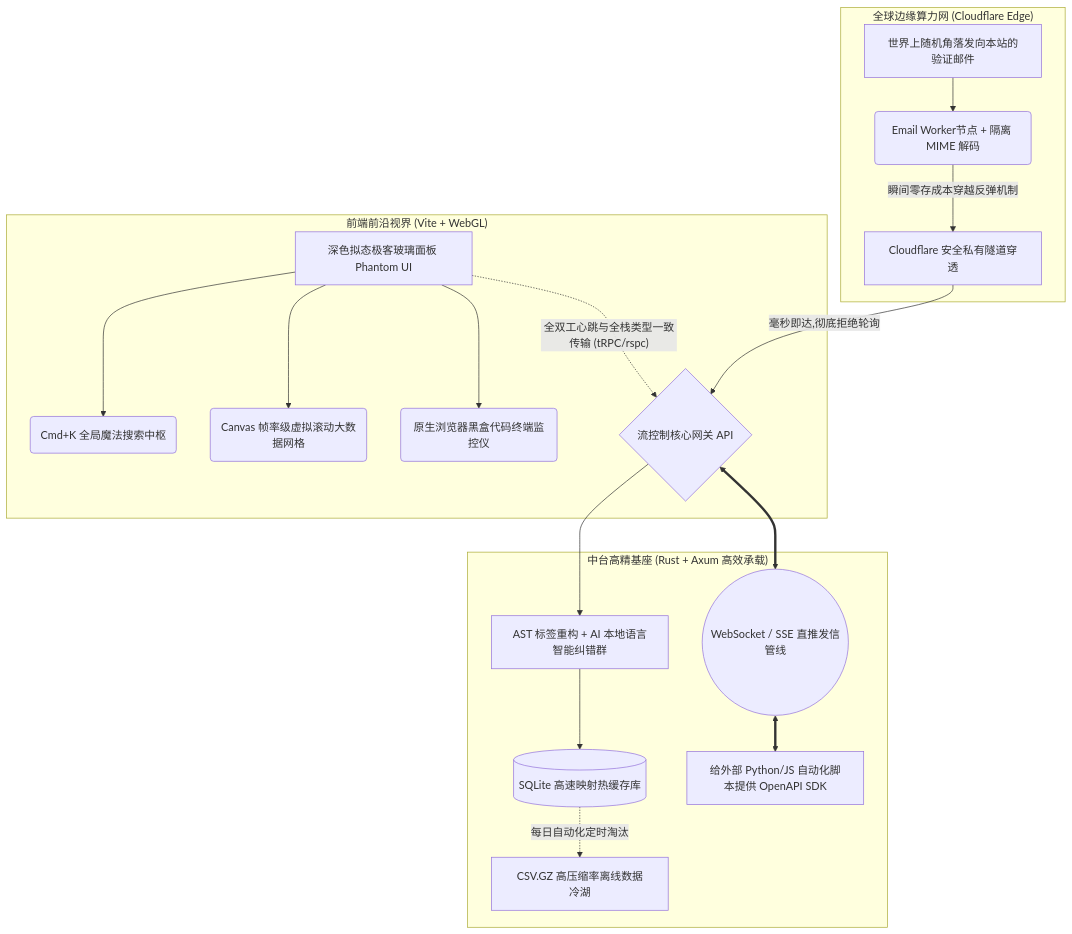
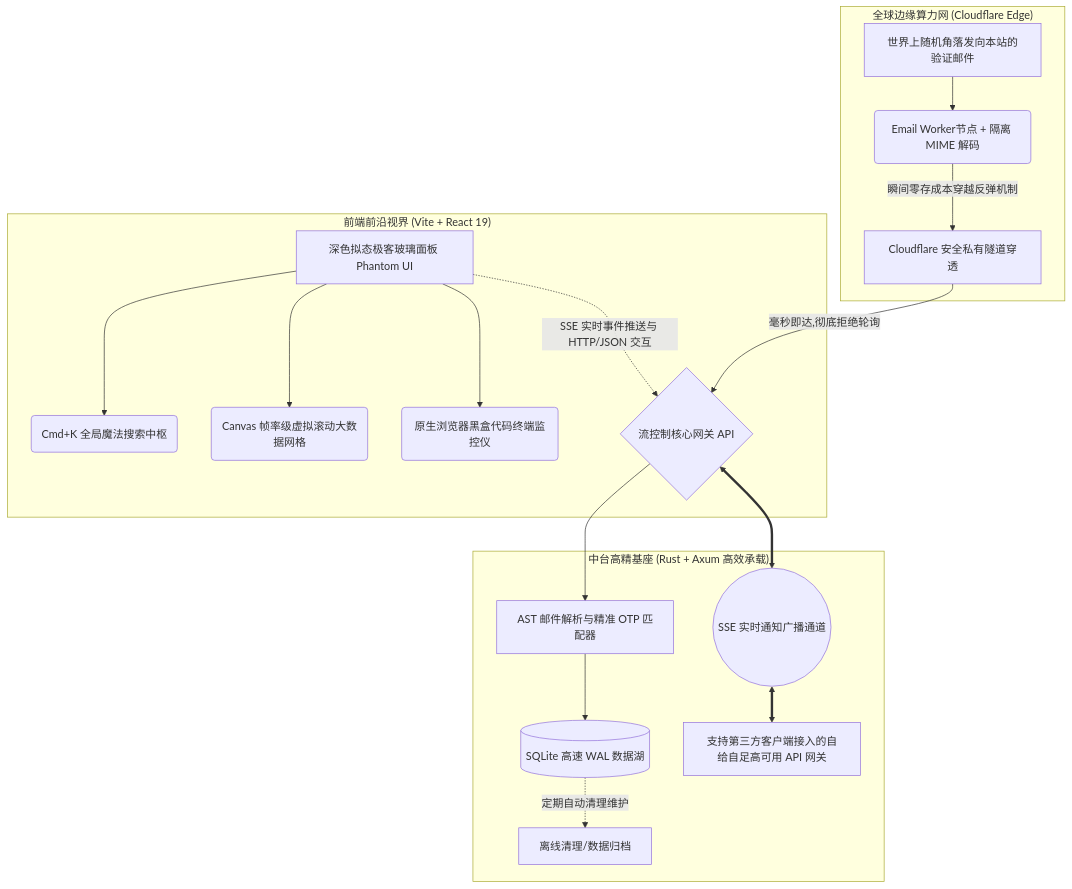
Before and after one commit to jeja2023/PhantomDrop: the diagram in 项目实施方案.md, drawn with Mermaid. The commit also changed other lines of this file and 23 other files, not shown here.

````diff
--- a/项目实施方案.md
+++ b/项目实施方案.md
@@ -9,25 +9,25 @@
 ```mermaid
 graph TD
-    subgraph "前端前沿视界 (Vite + WebGL)"
+    subgraph "前端前沿视界 (Vite + React 19)"
         UI[深色拟态极客玻璃面板 Phantom UI] --> CMD(Cmd+K 全局魔法搜索中枢)
         UI --> GRID(Canvas 帧率级虚拟滚动大数据网格)
         UI --> LOG(原生浏览器黑盒代码终端监控仪)
-        UI -. "全双工心跳与全栈类型一致传输 (tRPC/rspc)" .-> API
+        UI -. "SSE 实时事件推送与 HTTP/JSON 交互" .-> API
     end
 
     subgraph "中台高精基座 (Rust + Axum 高效承载)"
-        API{流控制核心网关 API} <==> WSS((WebSocket / SSE 直推发信管线))
-        API --> ENGINE[AST 标签重构 + AI 本地语言智能纠错群]
+        API{流控制核心网关 API} <==> WSS((SSE 实时通知广播通道))
+        API --> ENGINE[AST 邮件解析与精准 OTP 匹配器]
         
-        ENGINE --> HOT[(SQLite 高速映射热缓存库)]
-        HOT -. "每日自动化定时淘汰" .-> COLD[CSV.GZ 高压缩率离线数据冷湖]
+        ENGINE --> HOT[(SQLite 高速 WAL 数据湖)]
+        HOT -. "定期自动清理维护" .-> COLD[离线清理/数据归档]
         
-        WSS <==> EXT[给外部 Python/JS 自动化脚本提供 OpenAPI SDK]
+        WSS <==> EXT[支持第三方客户端接入的自给自足高可用 API 网关]
     end
 
     subgraph "全球边缘算力网 (Cloudflare Edge)"
         EMAIL[世界上随机角落发向本站的验证邮件] --> WORKER(Email Worker节点 + 隔离 MIME 解码)
         WORKER --> |瞬间零存成本穿越反弹机制| TUNNEL[Cloudflare 安全私有隧道穿透]
         TUNNEL --> |毫秒即达,彻底拒绝轮询| API
     end
 ```
````
